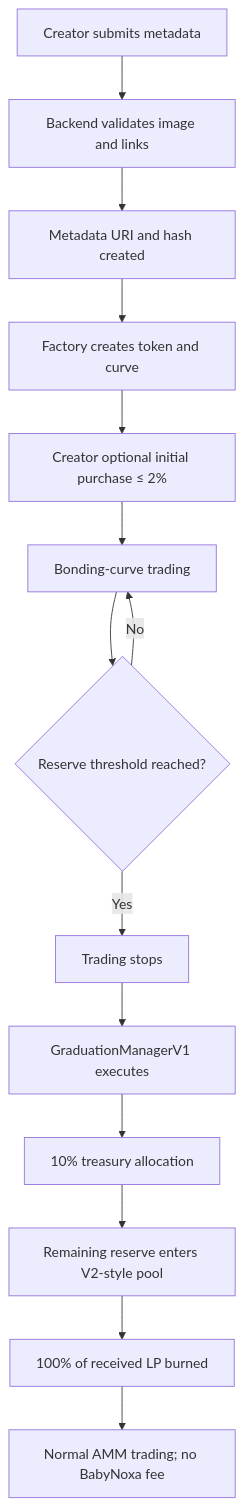
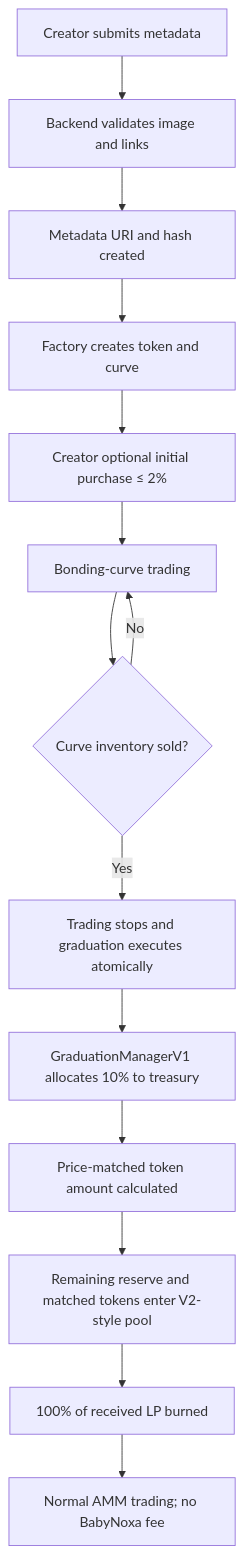
One commit to JosephKibithe/babynoxa changed the diagram in README.md. Above: the diagram before and after it, drawn with Mermaid. The commit also changed other lines of this file and 852 other files, not shown here.

````diff
--- a/README.md
+++ b/README.md
@@ -11,16 +11,16 @@
 ```mermaid
 flowchart TD
     A["Creator submits metadata"] --> B["Backend validates image and links"]
     B --> C["Metadata URI and hash created"]
     C --> D["Factory creates token and curve"]
     D --> E["Creator optional initial purchase ≤ 2%"]
     E --> F["Bonding-curve trading"]
-    F --> G{"Reserve threshold reached?"}
+    F --> G{"Curve inventory sold?"}
     G -- "No" --> F
-    G -- "Yes" --> H["Trading stops"]
-    H --> I["GraduationManagerV1 executes"]
-    I --> J["10% treasury allocation"]
-    J --> K["Remaining reserve enters V2-style pool"]
+    G -- "Yes" --> H["Trading stops and graduation executes atomically"]
+    H --> I["GraduationManagerV1 allocates 10% to treasury"]
+    I --> J["Price-matched token amount calculated"]
+    J --> K["Remaining reserve and matched tokens enter V2-style pool"]
     K --> L["100% of received LP burned"]
     L --> M["Normal AMM trading; no BabyNoxa fee"]
 ```
````
